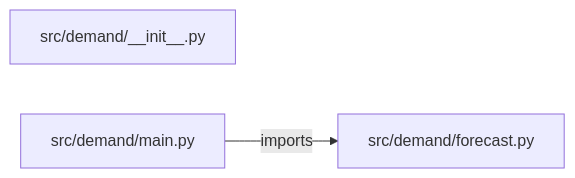
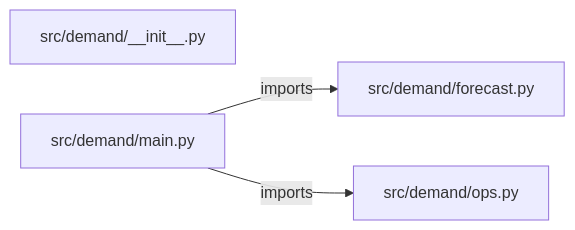
One commit to iarsingh/demand-forecasting-engine changed the diagram in PROJECT_ARCHITECTURE.md. Above: the diagram before and after it, drawn with Mermaid. The commit also changed other lines of this file and 2 other files, not shown here.

Commit message:
Refresh architecture and interview guides from current implementation

````diff
--- a/PROJECT_ARCHITECTURE.md
+++ b/PROJECT_ARCHITECTURE.md
@@ -13,7 +13,9 @@
 ```mermaid
 flowchart LR
     M0["src/demand/__init__.py"]
     M1["src/demand/forecast.py"]
     M2["src/demand/main.py"]
+    M3["src/demand/ops.py"]
     M2 -->|imports| M1
+    M2 -->|imports| M3
 ```
````
